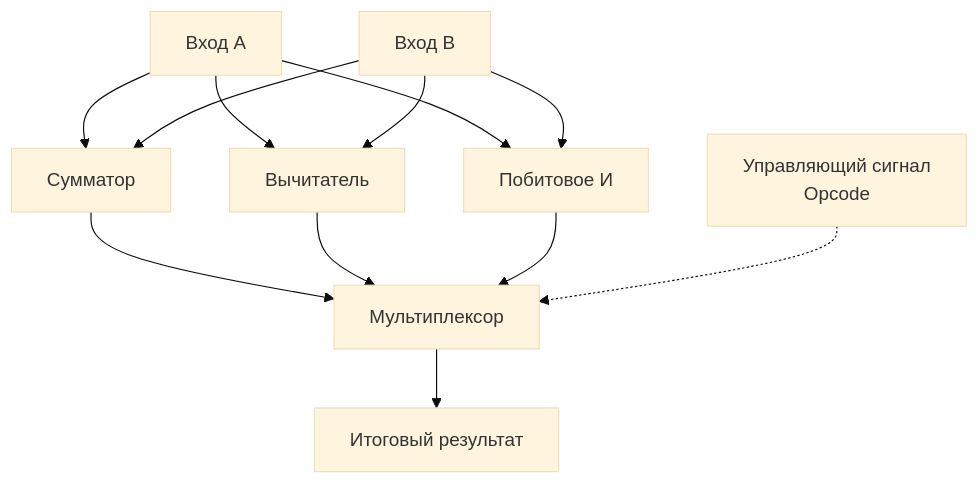
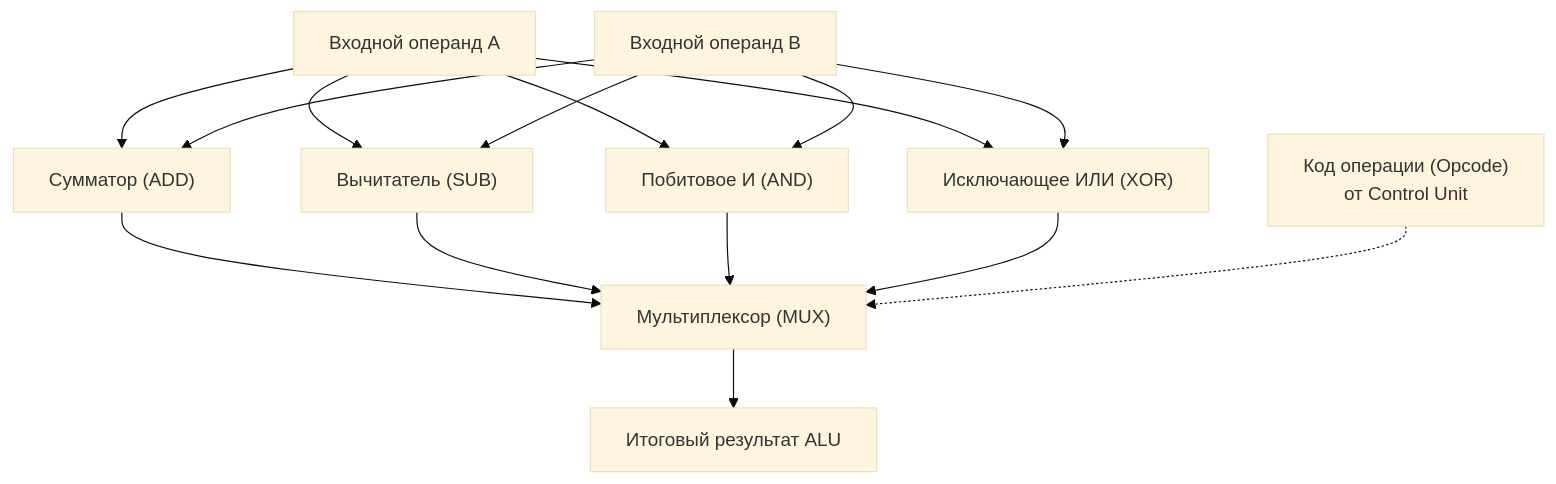
Before and after one commit to UnrealTemplier/go-textbook: the third of 3 diagrams in sources/1. Архитектура компьютера/3. Комбинационная логика. Учим кремний считать.md, drawn with Mermaid (base theme). The commit also changed other lines of this file, not shown here.

````diff
--- a/sources/1. Архитектура компьютера/3. Комбинационная логика. Учим кремний считать.md
+++ b/sources/1. Архитектура компьютера/3. Комбинационная логика. Учим кремний считать.md
@@ -88,18 +132,21 @@
 ```mermaid
 flowchart TD
-    A["Вход A"] --> ADD["Сумматор"]
-    A --> SUB["Вычитатель"]
-    A --> BIT_AND["Побитовое И"]
-    
-    B["Вход B"] --> ADD
-    B --> SUB
-    B --> BIT_AND
-    
-    ADD --> MUX["Мультиплексор"]
-    SUB --> MUX
-    BIT_AND --> MUX
-    
-    OPCODE["Управляющий сигнал<br>Opcode"] -.-> MUX
-    
-    MUX --> OUT["Итоговый результат"]
+    InA["Входной операнд A"] --> ADD_Block["Сумматор (ADD)"]
+    InA --> SUB_Block["Вычитатель (SUB)"]
+    InA --> AND_Block["Побитовое И (AND)"]
+    InA --> XOR_Block["Исключающее ИЛИ (XOR)"]
+
+    InB["Входной операнд B"] --> ADD_Block
+    InB --> SUB_Block
+    InB --> AND_Block
+    InB --> XOR_Block
+
+    ADD_Block --> MUX["Мультиплексор (MUX)"]
+    SUB_Block --> MUX
+    AND_Block --> MUX
+    XOR_Block --> MUX
+
+    OPCODE["Код операции (Opcode)<br>от Control Unit"] -.-> MUX
+
+    MUX --> OUT["Итоговый результат ALU"]
 ```
````
